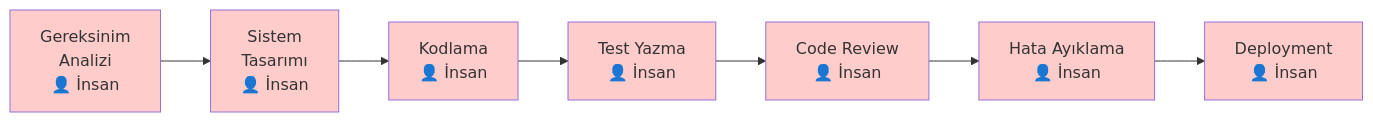
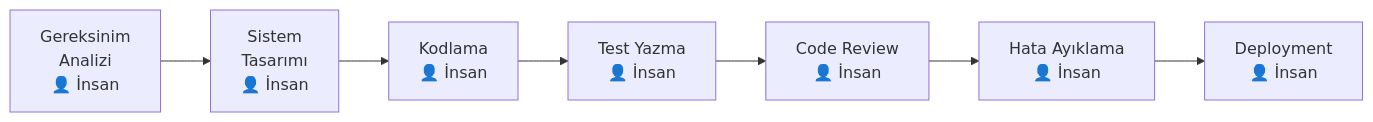
Before and after one commit to IzzetYasinAtes/ClaudeCodeHandbook: the first of 6 diagrams in 04-ai-destekli-gelistirme/01-ai-destekli-gelistirme-nedir.md, drawn with Mermaid. The commit also changed other lines of this file and 97 other files, not shown here.

Commit message:
Remove all custom Mermaid style/fill colors from 98 markdown files for consistent dark theme rendering

````diff
--- a/04-ai-destekli-gelistirme/01-ai-destekli-gelistirme-nedir.md
+++ b/04-ai-destekli-gelistirme/01-ai-destekli-gelistirme-nedir.md
@@ -20,17 +20,10 @@
 ```mermaid
 flowchart LR
     A["Gereksinim<br/>Analizi<br/>👤 İnsan"] --> B["Sistem<br/>Tasarımı<br/>👤 İnsan"]
     B --> C["Kodlama<br/>👤 İnsan"]
     C --> D["Test Yazma<br/>👤 İnsan"]
     D --> E["Code Review<br/>👤 İnsan"]
     E --> F["Hata Ayıklama<br/>👤 İnsan"]
     F --> G["Deployment<br/>👤 İnsan"]
 
-    style A fill:#ffcccc
-    style B fill:#ffcccc
-    style C fill:#ffcccc
-    style D fill:#ffcccc
-    style E fill:#ffcccc
-    style F fill:#ffcccc
-    style G fill:#ffcccc
 ```
````
